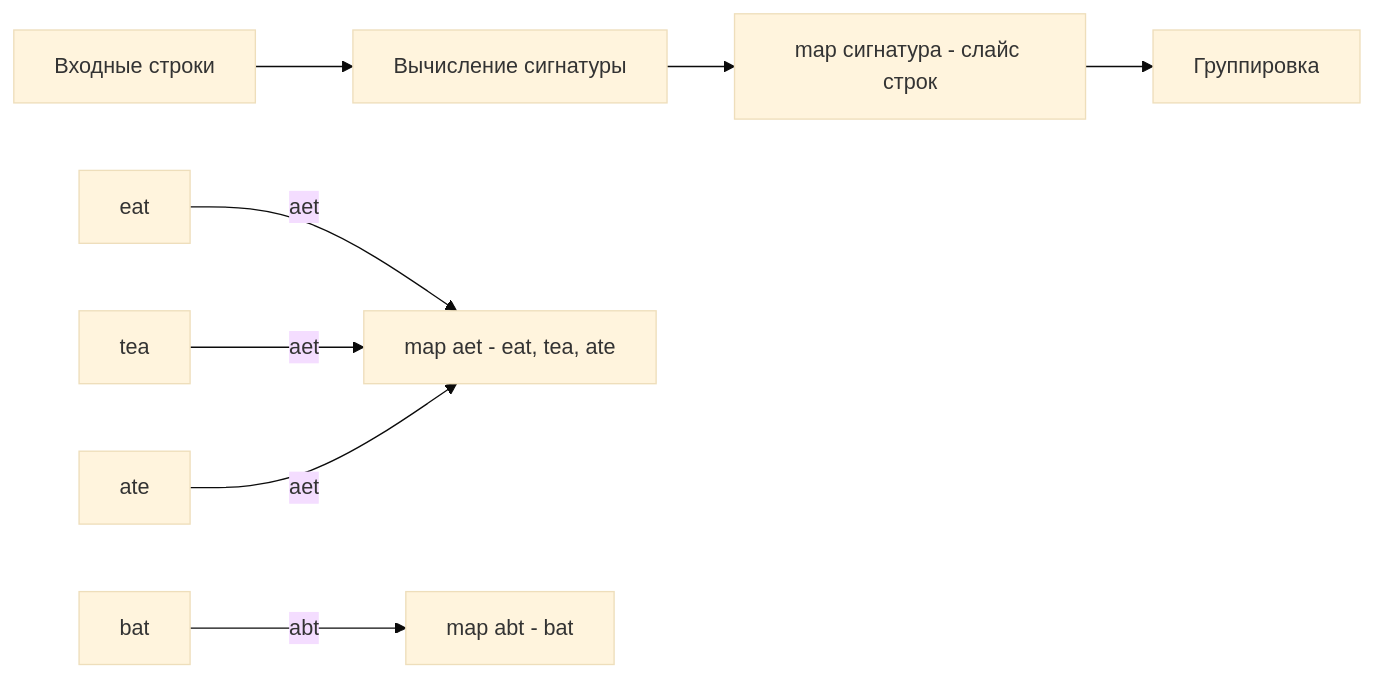
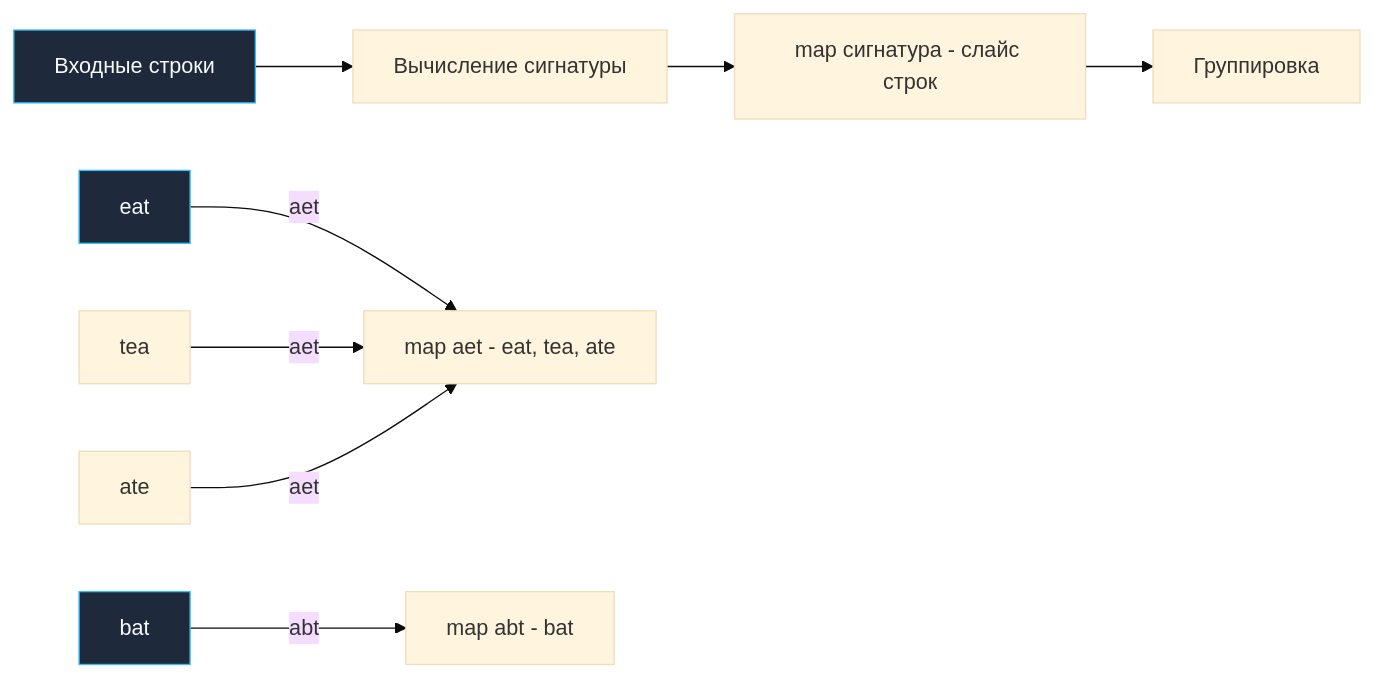
Before and after one commit to UnrealTemplier/go-textbook: the diagram in sources/21. Задачи с LeetCode и собеседований на Go/02. Задачи/05. Хеш таблицы/2. Частотные паттерны.md, drawn with Mermaid (base theme). The commit also changed 1666 other files, not shown here.

First line of the commit message:
feat(mermaid): add semantic color classDef to 1369 colorless flowchart/graph diagrams

````diff
--- a/sources/21. Задачи с LeetCode и собеседований на Go/02. Задачи/05. Хеш таблицы/2. Частотные паттерны.md
+++ b/sources/21. Задачи с LeetCode и собеседований на Go/02. Задачи/05. Хеш таблицы/2. Частотные паттерны.md
@@ -107,11 +107,21 @@
 ```mermaid
 flowchart LR
-    A["Входные строки"] --> B["Вычисление сигнатуры"]
+    classDef process  fill:#1e293b,stroke:#38bdf8,stroke-width:1px,color:#f8fafc
+    classDef success  fill:#064e3b,stroke:#34d399,stroke-width:1px,color:#f8fafc
+    classDef error    fill:#7f1d1d,stroke:#f87171,stroke-width:1px,color:#f8fafc
+    classDef warning  fill:#78350f,stroke:#fbbf24,stroke-width:1px,color:#f8fafc
+    classDef entry    fill:#1e3a5f,stroke:#38bdf8,stroke-width:2px,color:#f8fafc
+    classDef aux      fill:#334155,stroke:#64748b,stroke-width:1px,color:#f8fafc
+    classDef system   fill:#312e81,stroke:#a78bfa,stroke-width:1px,color:#f8fafc
+    classDef data     fill:#132d29,stroke:#2dd4bf,stroke-width:1px,color:#f8fafc
+    classDef network  fill:#881337,stroke:#fb7185,stroke-width:1px,color:#f8fafc
+    classDef accent   fill:#1e1b4b,stroke:#818cf8,stroke-width:1px,color:#f8fafc
+    A["Входные строки"]:::process --> B["Вычисление сигнатуры"]
     B --> C["map сигнатура - слайс строк"]
     C --> D["Группировка"]
     
-    E["eat"] -->|"aet"| F["map aet - eat, tea, ate"]
+    E["eat"]:::process -->|"aet"| F["map aet - eat, tea, ate"]
     G["tea"] -->|"aet"| F
     H["ate"] -->|"aet"| F
-    I["bat"] -->|"abt"| J["map abt - bat"]
+    I["bat"]:::process -->|"abt"| J["map abt - bat"]
 ```
````
